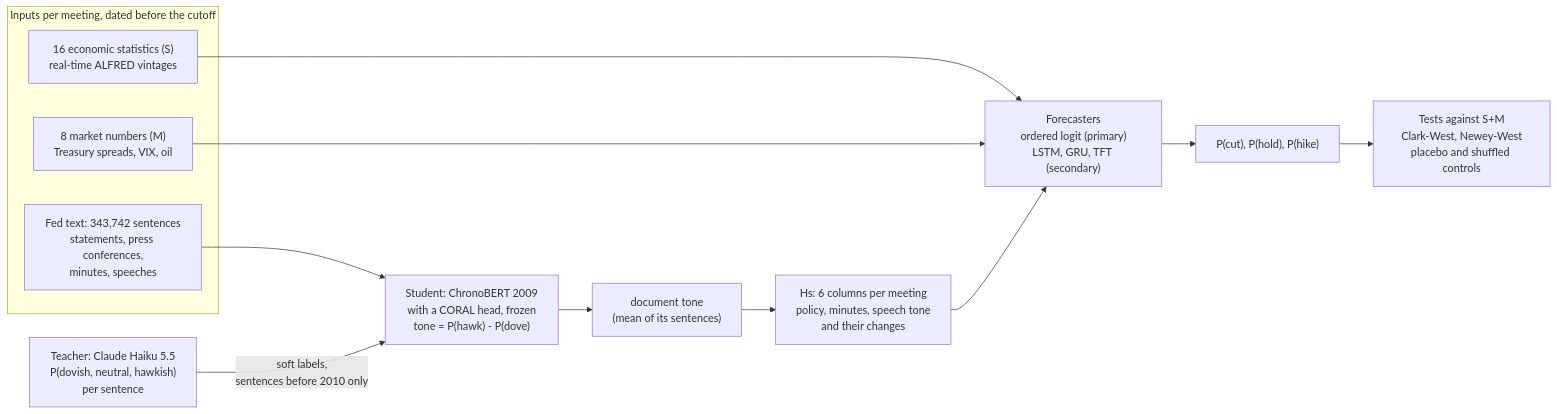
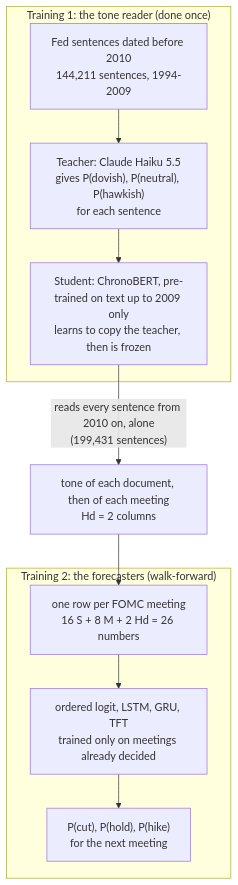
The diagram in README.md (punnatorn1/distilled-tone-split-doctype), drawn with Mermaid before and after one commit. The commit also changed other lines of this file and 7 other files, not shown here.

First line of the commit message:
Lead with the single tone Hd: four models side by side, training data explained

````diff
--- a/README.md
+++ b/README.md
@@ -42,17 +236,13 @@
 ```mermaid
-flowchart LR
-    subgraph inputs["Inputs per meeting, dated before the cutoff"]
-        S["16 economic statistics (S)<br/>real-time ALFRED vintages"]
-        M["8 market numbers (M)<br/>Treasury spreads, VIX, oil"]
-        T["Fed text: 343,742 sentences<br/>statements, press conferences,<br/>minutes, speeches"]
+flowchart TB
+    subgraph T1["Training 1: the tone reader (done once)"]
+        A["Fed sentences dated before 2010<br/>144,211 sentences, 1994-2009"] --> B["Teacher: Claude Haiku 5.5<br/>gives P(dovish), P(neutral), P(hawkish)<br/>for each sentence"]
+        B --> C["Student: ChronoBERT, pre-trained on text up to 2009 only<br/>learns to copy the teacher, then is frozen"]
     end
-    H["Teacher: Claude Haiku 5.5<br/>P(dovish, neutral, hawkish)<br/>per sentence"] -->|"soft labels,<br/>sentences before 2010 only"| R
-    T --> R["Student: ChronoBERT 2009<br/>with a CORAL head, frozen<br/>tone = P(hawk) - P(dove)"]
-    R --> D["document tone<br/>(mean of its sentences)"]
-    D --> G["Hs: 6 columns per meeting<br/>policy, minutes, speech tone<br/>and their changes"]
-    S --> F["Forecasters<br/>ordered logit (primary)<br/>LSTM, GRU, TFT (secondary)"]
-    M --> F
-    G --> F
-    F --> P["P(cut), P(hold), P(hike)"]
-    P --> E["Tests against S+M<br/>Clark-West, Newey-West<br/>placebo and shuffled controls"]
+    C -->|"reads every sentence from 2010 on, alone<br/>(199,431 sentences)"| G["tone of each document, then of each meeting<br/>Hd = 2 columns"]
+    subgraph T2["Training 2: the forecasters (walk-forward)"]
+        D["one row per FOMC meeting<br/>16 S + 8 M + 2 Hd = 26 numbers"] --> E["ordered logit, LSTM, GRU, TFT<br/>trained only on meetings already decided"]
+        E --> F["P(cut), P(hold), P(hike)<br/>for the next meeting"]
+    end
+    G --> D
 ```
````
